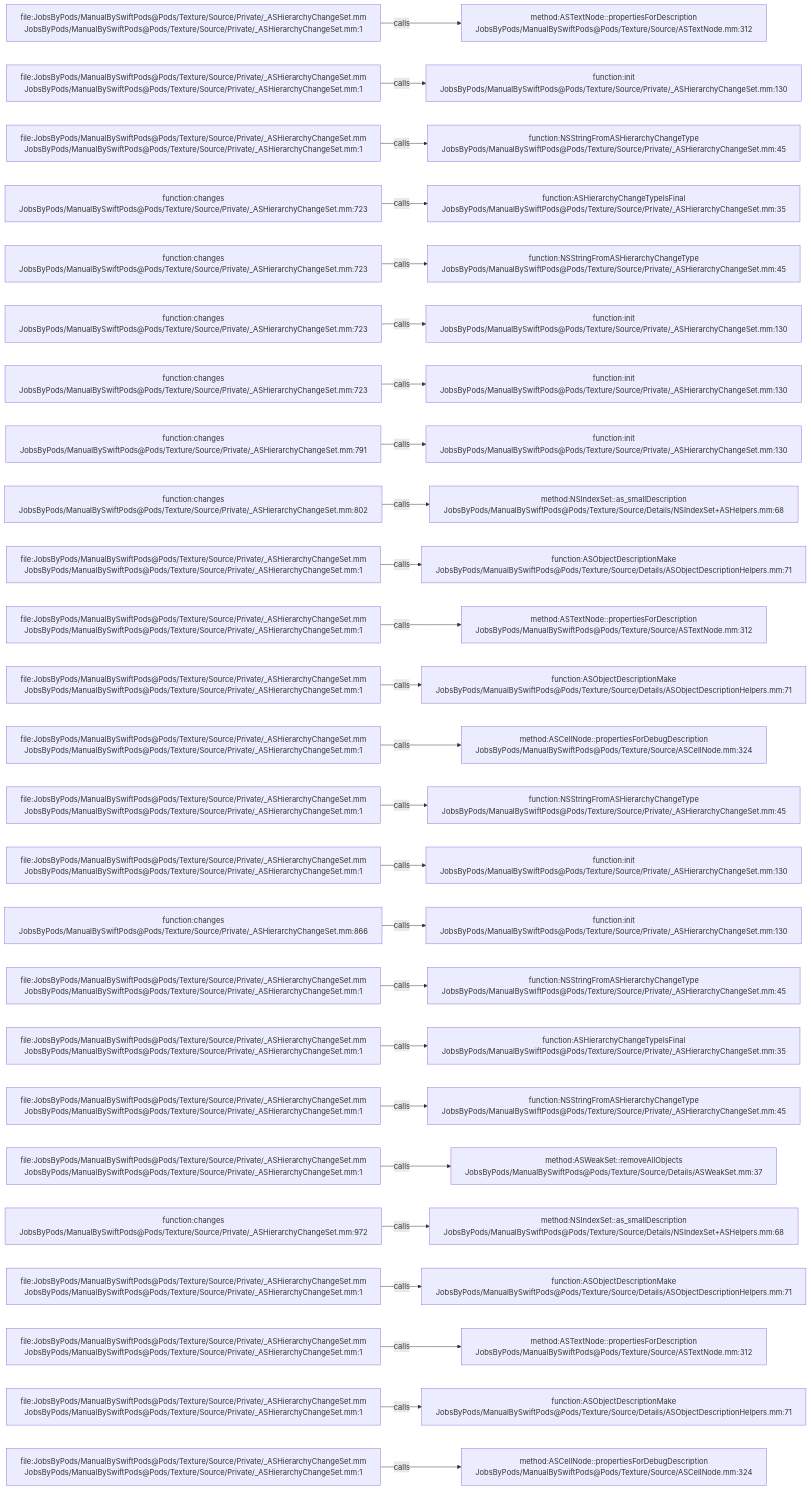
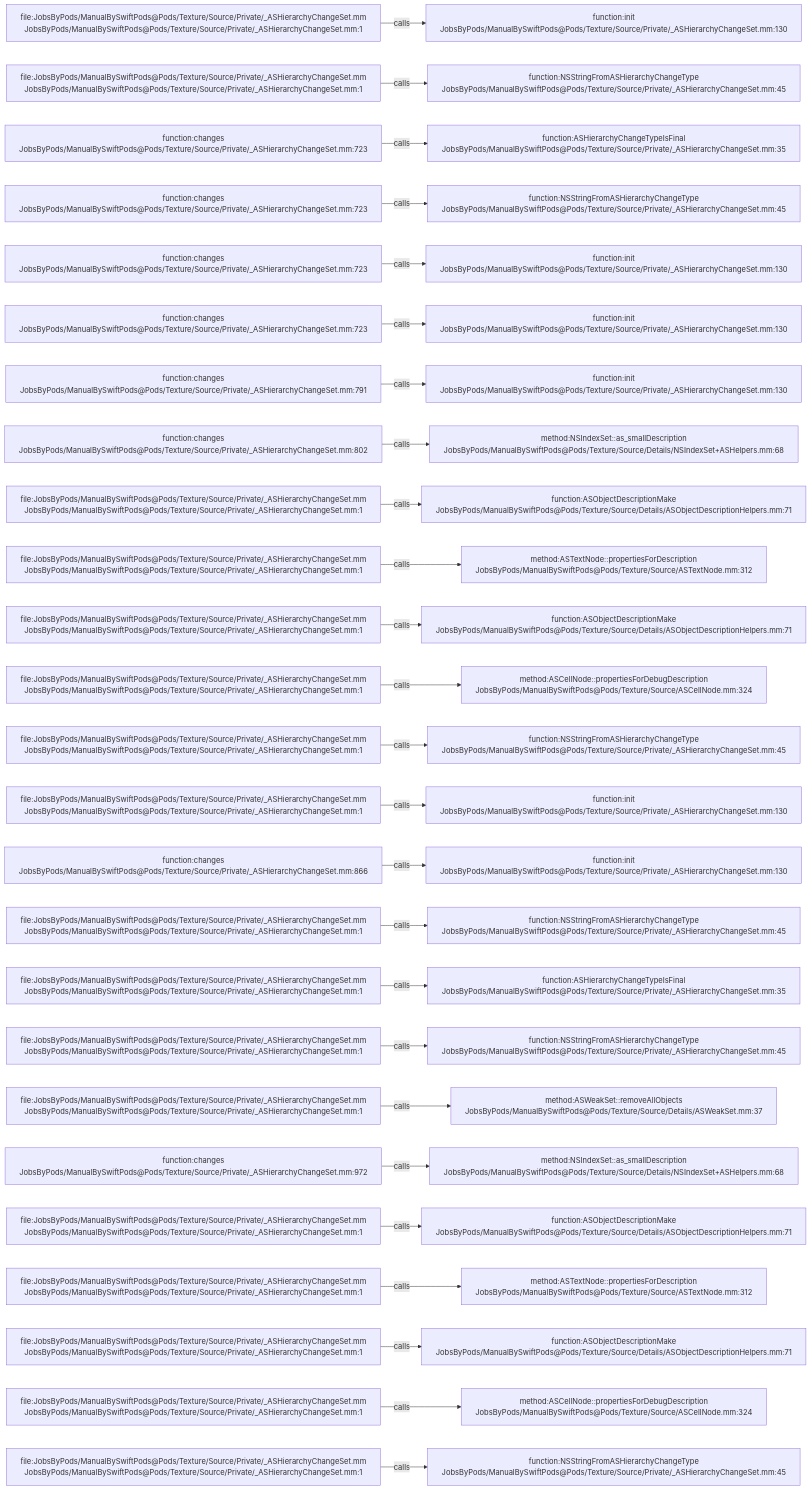
One commit to JobsKits/JobsSwiftBaseConfigDemo changed the diagram in .codegraph/codegraph.md/graphs/calls-129.md. Above: the diagram before and after it, drawn with Mermaid. The commit also changed 747 other files, not shown here.

````diff
--- a/.codegraph/codegraph.md/graphs/calls-129.md
+++ b/.codegraph/codegraph.md/graphs/calls-129.md
@@ -13,78 +13,78 @@
 ```mermaid
 flowchart LR
   S1["file:JobsByPods/ManualBySwiftPods@Pods/Texture/Source/Private/_ASHierarchyChangeSet.mm<br/>JobsByPods/ManualBySwiftPods@Pods/Texture/Source/Private/_ASHierarchyChangeSet.mm:1"]
-  T1["method:ASTextNode::propertiesForDescription<br/>JobsByPods/ManualBySwiftPods@Pods/Texture/Source/ASTextNode.mm:312"]
+  T1["function:init<br/>JobsByPods/ManualBySwiftPods@Pods/Texture/Source/Private/_ASHierarchyChangeSet.mm:130"]
   S1 -->|calls| T1
   S2["file:JobsByPods/ManualBySwiftPods@Pods/Texture/Source/Private/_ASHierarchyChangeSet.mm<br/>JobsByPods/ManualBySwiftPods@Pods/Texture/Source/Private/_ASHierarchyChangeSet.mm:1"]
-  T2["function:init<br/>JobsByPods/ManualBySwiftPods@Pods/Texture/Source/Private/_ASHierarchyChangeSet.mm:130"]
+  T2["function:NSStringFromASHierarchyChangeType<br/>JobsByPods/ManualBySwiftPods@Pods/Texture/Source/Private/_ASHierarchyChangeSet.mm:45"]
   S2 -->|calls| T2
-  S3["file:JobsByPods/ManualBySwiftPods@Pods/Texture/Source/Private/_ASHierarchyChangeSet.mm<br/>JobsByPods/ManualBySwiftPods@Pods/Texture/Source/Private/_ASHierarchyChangeSet.mm:1"]
-  T3["function:NSStringFromASHierarchyChangeType<br/>JobsByPods/ManualBySwiftPods@Pods/Texture/Source/Private/_ASHierarchyChangeSet.mm:45"]
+  S3["function:changes<br/>JobsByPods/ManualBySwiftPods@Pods/Texture/Source/Private/_ASHierarchyChangeSet.mm:723"]
+  T3["function:ASHierarchyChangeTypeIsFinal<br/>JobsByPods/ManualBySwiftPods@Pods/Texture/Source/Private/_ASHierarchyChangeSet.mm:35"]
   S3 -->|calls| T3
   S4["function:changes<br/>JobsByPods/ManualBySwiftPods@Pods/Texture/Source/Private/_ASHierarchyChangeSet.mm:723"]
-  T4["function:ASHierarchyChangeTypeIsFinal<br/>JobsByPods/ManualBySwiftPods@Pods/Texture/Source/Private/_ASHierarchyChangeSet.mm:35"]
+  T4["function:NSStringFromASHierarchyChangeType<br/>JobsByPods/ManualBySwiftPods@Pods/Texture/Source/Private/_ASHierarchyChangeSet.mm:45"]
   S4 -->|calls| T4
   S5["function:changes<br/>JobsByPods/ManualBySwiftPods@Pods/Texture/Source/Private/_ASHierarchyChangeSet.mm:723"]
-  T5["function:NSStringFromASHierarchyChangeType<br/>JobsByPods/ManualBySwiftPods@Pods/Texture/Source/Private/_ASHierarchyChangeSet.mm:45"]
+  T5["function:init<br/>JobsByPods/ManualBySwiftPods@Pods/Texture/Source/Private/_ASHierarchyChangeSet.mm:130"]
   S5 -->|calls| T5
   S6["function:changes<br/>JobsByPods/ManualBySwiftPods@Pods/Texture/Source/Private/_ASHierarchyChangeSet.mm:723"]
   T6["function:init<br/>JobsByPods/ManualBySwiftPods@Pods/Texture/Source/Private/_ASHierarchyChangeSet.mm:130"]
   S6 -->|calls| T6
-  S7["function:changes<br/>JobsByPods/ManualBySwiftPods@Pods/Texture/Source/Private/_ASHierarchyChangeSet.mm:723"]
+  S7["function:changes<br/>JobsByPods/ManualBySwiftPods@Pods/Texture/Source/Private/_ASHierarchyChangeSet.mm:791"]
   T7["function:init<br/>JobsByPods/ManualBySwiftPods@Pods/Texture/Source/Private/_ASHierarchyChangeSet.mm:130"]
   S7 -->|calls| T7
-  S8["function:changes<br/>JobsByPods/ManualBySwiftPods@Pods/Texture/Source/Private/_ASHierarchyChangeSet.mm:791"]
-  T8["function:init<br/>JobsByPods/ManualBySwiftPods@Pods/Texture/Source/Private/_ASHierarchyChangeSet.mm:130"]
+  S8["function:changes<br/>JobsByPods/ManualBySwiftPods@Pods/Texture/Source/Private/_ASHierarchyChangeSet.mm:802"]
+  T8["method:NSIndexSet::as_smallDescription<br/>JobsByPods/ManualBySwiftPods@Pods/Texture/Source/Details/NSIndexSet+ASHelpers.mm:68"]
   S8 -->|calls| T8
-  S9["function:changes<br/>JobsByPods/ManualBySwiftPods@Pods/Texture/Source/Private/_ASHierarchyChangeSet.mm:802"]
-  T9["method:NSIndexSet::as_smallDescription<br/>JobsByPods/ManualBySwiftPods@Pods/Texture/Source/Details/NSIndexSet+ASHelpers.mm:68"]
+  S9["file:JobsByPods/ManualBySwiftPods@Pods/Texture/Source/Private/_ASHierarchyChangeSet.mm<br/>JobsByPods/ManualBySwiftPods@Pods/Texture/Source/Private/_ASHierarchyChangeSet.mm:1"]
+  T9["function:ASObjectDescriptionMake<br/>JobsByPods/ManualBySwiftPods@Pods/Texture/Source/Details/ASObjectDescriptionHelpers.mm:71"]
   S9 -->|calls| T9
   S10["file:JobsByPods/ManualBySwiftPods@Pods/Texture/Source/Private/_ASHierarchyChangeSet.mm<br/>JobsByPods/ManualBySwiftPods@Pods/Texture/Source/Private/_ASHierarchyChangeSet.mm:1"]
-  T10["function:ASObjectDescriptionMake<br/>JobsByPods/ManualBySwiftPods@Pods/Texture/Source/Details/ASObjectDescriptionHelpers.mm:71"]
+  T10["method:ASTextNode::propertiesForDescription<br/>JobsByPods/ManualBySwiftPods@Pods/Texture/Source/ASTextNode.mm:312"]
   S10 -->|calls| T10
   S11["file:JobsByPods/ManualBySwiftPods@Pods/Texture/Source/Private/_ASHierarchyChangeSet.mm<br/>JobsByPods/ManualBySwiftPods@Pods/Texture/Source/Private/_ASHierarchyChangeSet.mm:1"]
-  T11["method:ASTextNode::propertiesForDescription<br/>JobsByPods/ManualBySwiftPods@Pods/Texture/Source/ASTextNode.mm:312"]
+  T11["function:ASObjectDescriptionMake<br/>JobsByPods/ManualBySwiftPods@Pods/Texture/Source/Details/ASObjectDescriptionHelpers.mm:71"]
   S11 -->|calls| T11
   S12["file:JobsByPods/ManualBySwiftPods@Pods/Texture/Source/Private/_ASHierarchyChangeSet.mm<br/>JobsByPods/ManualBySwiftPods@Pods/Texture/Source/Private/_ASHierarchyChangeSet.mm:1"]
-  T12["function:ASObjectDescriptionMake<br/>JobsByPods/ManualBySwiftPods@Pods/Texture/Source/Details/ASObjectDescriptionHelpers.mm:71"]
+  T12["method:ASCellNode::propertiesForDebugDescription<br/>JobsByPods/ManualBySwiftPods@Pods/Texture/Source/ASCellNode.mm:324"]
   S12 -->|calls| T12
   S13["file:JobsByPods/ManualBySwiftPods@Pods/Texture/Source/Private/_ASHierarchyChangeSet.mm<br/>JobsByPods/ManualBySwiftPods@Pods/Texture/Source/Private/_ASHierarchyChangeSet.mm:1"]
-  T13["method:ASCellNode::propertiesForDebugDescription<br/>JobsByPods/ManualBySwiftPods@Pods/Texture/Source/ASCellNode.mm:324"]
+  T13["function:NSStringFromASHierarchyChangeType<br/>JobsByPods/ManualBySwiftPods@Pods/Texture/Source/Private/_ASHierarchyChangeSet.mm:45"]
   S13 -->|calls| T13
   S14["file:JobsByPods/ManualBySwiftPods@Pods/Texture/Source/Private/_ASHierarchyChangeSet.mm<br/>JobsByPods/ManualBySwiftPods@Pods/Texture/Source/Private/_ASHierarchyChangeSet.mm:1"]
-  T14["function:NSStringFromASHierarchyChangeType<br/>JobsByPods/ManualBySwiftPods@Pods/Texture/Source/Private/_ASHierarchyChangeSet.mm:45"]
+  T14["function:init<br/>JobsByPods/ManualBySwiftPods@Pods/Texture/Source/Private/_ASHierarchyChangeSet.mm:130"]
   S14 -->|calls| T14
-  S15["file:JobsByPods/ManualBySwiftPods@Pods/Texture/Source/Private/_ASHierarchyChangeSet.mm<br/>JobsByPods/ManualBySwiftPods@Pods/Texture/Source/Private/_ASHierarchyChangeSet.mm:1"]
+  S15["function:changes<br/>JobsByPods/ManualBySwiftPods@Pods/Texture/Source/Private/_ASHierarchyChangeSet.mm:866"]
   T15["function:init<br/>JobsByPods/ManualBySwiftPods@Pods/Texture/Source/Private/_ASHierarchyChangeSet.mm:130"]
   S15 -->|calls| T15
-  S16["function:changes<br/>JobsByPods/ManualBySwiftPods@Pods/Texture/Source/Private/_ASHierarchyChangeSet.mm:866"]
-  T16["function:init<br/>JobsByPods/ManualBySwiftPods@Pods/Texture/Source/Private/_ASHierarchyChangeSet.mm:130"]
+  S16["file:JobsByPods/ManualBySwiftPods@Pods/Texture/Source/Private/_ASHierarchyChangeSet.mm<br/>JobsByPods/ManualBySwiftPods@Pods/Texture/Source/Private/_ASHierarchyChangeSet.mm:1"]
+  T16["function:NSStringFromASHierarchyChangeType<br/>JobsByPods/ManualBySwiftPods@Pods/Texture/Source/Private/_ASHierarchyChangeSet.mm:45"]
   S16 -->|calls| T16
   S17["file:JobsByPods/ManualBySwiftPods@Pods/Texture/Source/Private/_ASHierarchyChangeSet.mm<br/>JobsByPods/ManualBySwiftPods@Pods/Texture/Source/Private/_ASHierarchyChangeSet.mm:1"]
-  T17["function:NSStringFromASHierarchyChangeType<br/>JobsByPods/ManualBySwiftPods@Pods/Texture/Source/Private/_ASHierarchyChangeSet.mm:45"]
+  T17["function:ASHierarchyChangeTypeIsFinal<br/>JobsByPods/ManualBySwiftPods@Pods/Texture/Source/Private/_ASHierarchyChangeSet.mm:35"]
   S17 -->|calls| T17
   S18["file:JobsByPods/ManualBySwiftPods@Pods/Texture/Source/Private/_ASHierarchyChangeSet.mm<br/>JobsByPods/ManualBySwiftPods@Pods/Texture/Source/Private/_ASHierarchyChangeSet.mm:1"]
-  T18["function:ASHierarchyChangeTypeIsFinal<br/>JobsByPods/ManualBySwiftPods@Pods/Texture/Source/Private/_ASHierarchyChangeSet.mm:35"]
+  T18["function:NSStringFromASHierarchyChangeType<br/>JobsByPods/ManualBySwiftPods@Pods/Texture/Source/Private/_ASHierarchyChangeSet.mm:45"]
   S18 -->|calls| T18
   S19["file:JobsByPods/ManualBySwiftPods@Pods/Texture/Source/Private/_ASHierarchyChangeSet.mm<br/>JobsByPods/ManualBySwiftPods@Pods/Texture/Source/Private/_ASHierarchyChangeSet.mm:1"]
-  T19["function:NSStringFromASHierarchyChangeType<br/>JobsByPods/ManualBySwiftPods@Pods/Texture/Source/Private/_ASHierarchyChangeSet.mm:45"]
+  T19["method:ASWeakSet::removeAllObjects<br/>JobsByPods/ManualBySwiftPods@Pods/Texture/Source/Details/ASWeakSet.mm:37"]
   S19 -->|calls| T19
-  S20["file:JobsByPods/ManualBySwiftPods@Pods/Texture/Source/Private/_ASHierarchyChangeSet.mm<br/>JobsByPods/ManualBySwiftPods@Pods/Texture/Source/Private/_ASHierarchyChangeSet.mm:1"]
-  T20["method:ASWeakSet::removeAllObjects<br/>JobsByPods/ManualBySwiftPods@Pods/Texture/Source/Details/ASWeakSet.mm:37"]
+  S20["function:changes<br/>JobsByPods/ManualBySwiftPods@Pods/Texture/Source/Private/_ASHierarchyChangeSet.mm:972"]
+  T20["method:NSIndexSet::as_smallDescription<br/>JobsByPods/ManualBySwiftPods@Pods/Texture/Source/Details/NSIndexSet+ASHelpers.mm:68"]
   S20 -->|calls| T20
-  S21["function:changes<br/>JobsByPods/ManualBySwiftPods@Pods/Texture/Source/Private/_ASHierarchyChangeSet.mm:972"]
-  T21["method:NSIndexSet::as_smallDescription<br/>JobsByPods/ManualBySwiftPods@Pods/Texture/Source/Details/NSIndexSet+ASHelpers.mm:68"]
+  S21["file:JobsByPods/ManualBySwiftPods@Pods/Texture/Source/Private/_ASHierarchyChangeSet.mm<br/>JobsByPods/ManualBySwiftPods@Pods/Texture/Source/Private/_ASHierarchyChangeSet.mm:1"]
+  T21["function:ASObjectDescriptionMake<br/>JobsByPods/ManualBySwiftPods@Pods/Texture/Source/Details/ASObjectDescriptionHelpers.mm:71"]
   S21 -->|calls| T21
   S22["file:JobsByPods/ManualBySwiftPods@Pods/Texture/Source/Private/_ASHierarchyChangeSet.mm<br/>JobsByPods/ManualBySwiftPods@Pods/Texture/Source/Private/_ASHierarchyChangeSet.mm:1"]
-  T22["function:ASObjectDescriptionMake<br/>JobsByPods/ManualBySwiftPods@Pods/Texture/Source/Details/ASObjectDescriptionHelpers.mm:71"]
+  T22["method:ASTextNode::propertiesForDescription<br/>JobsByPods/ManualBySwiftPods@Pods/Texture/Source/ASTextNode.mm:312"]
   S22 -->|calls| T22
   S23["file:JobsByPods/ManualBySwiftPods@Pods/Texture/Source/Private/_ASHierarchyChangeSet.mm<br/>JobsByPods/ManualBySwiftPods@Pods/Texture/Source/Private/_ASHierarchyChangeSet.mm:1"]
-  T23["method:ASTextNode::propertiesForDescription<br/>JobsByPods/ManualBySwiftPods@Pods/Texture/Source/ASTextNode.mm:312"]
+  T23["function:ASObjectDescriptionMake<br/>JobsByPods/ManualBySwiftPods@Pods/Texture/Source/Details/ASObjectDescriptionHelpers.mm:71"]
   S23 -->|calls| T23
   S24["file:JobsByPods/ManualBySwiftPods@Pods/Texture/Source/Private/_ASHierarchyChangeSet.mm<br/>JobsByPods/ManualBySwiftPods@Pods/Texture/Source/Private/_ASHierarchyChangeSet.mm:1"]
-  T24["function:ASObjectDescriptionMake<br/>JobsByPods/ManualBySwiftPods@Pods/Texture/Source/Details/ASObjectDescriptionHelpers.mm:71"]
+  T24["method:ASCellNode::propertiesForDebugDescription<br/>JobsByPods/ManualBySwiftPods@Pods/Texture/Source/ASCellNode.mm:324"]
   S24 -->|calls| T24
   S25["file:JobsByPods/ManualBySwiftPods@Pods/Texture/Source/Private/_ASHierarchyChangeSet.mm<br/>JobsByPods/ManualBySwiftPods@Pods/Texture/Source/Private/_ASHierarchyChangeSet.mm:1"]
-  T25["method:ASCellNode::propertiesForDebugDescription<br/>JobsByPods/ManualBySwiftPods@Pods/Texture/Source/ASCellNode.mm:324"]
+  T25["function:NSStringFromASHierarchyChangeType<br/>JobsByPods/ManualBySwiftPods@Pods/Texture/Source/Private/_ASHierarchyChangeSet.mm:45"]
   S25 -->|calls| T25
 ```
````
